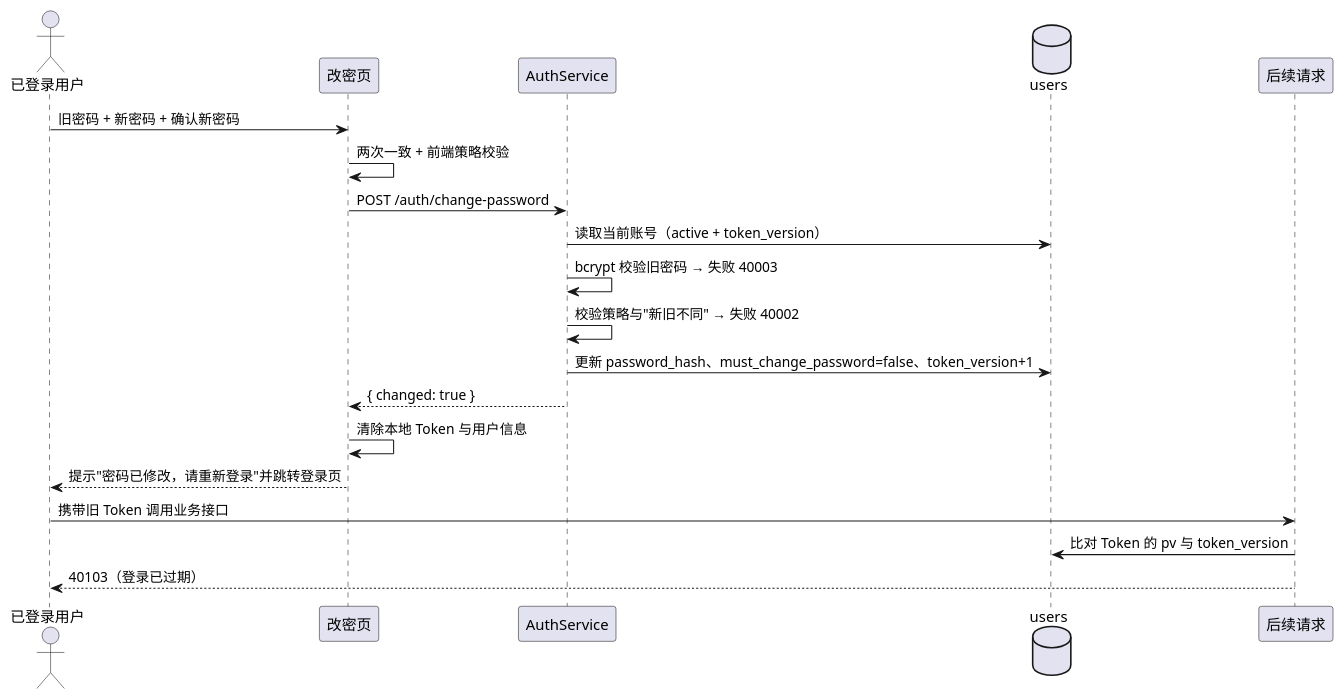
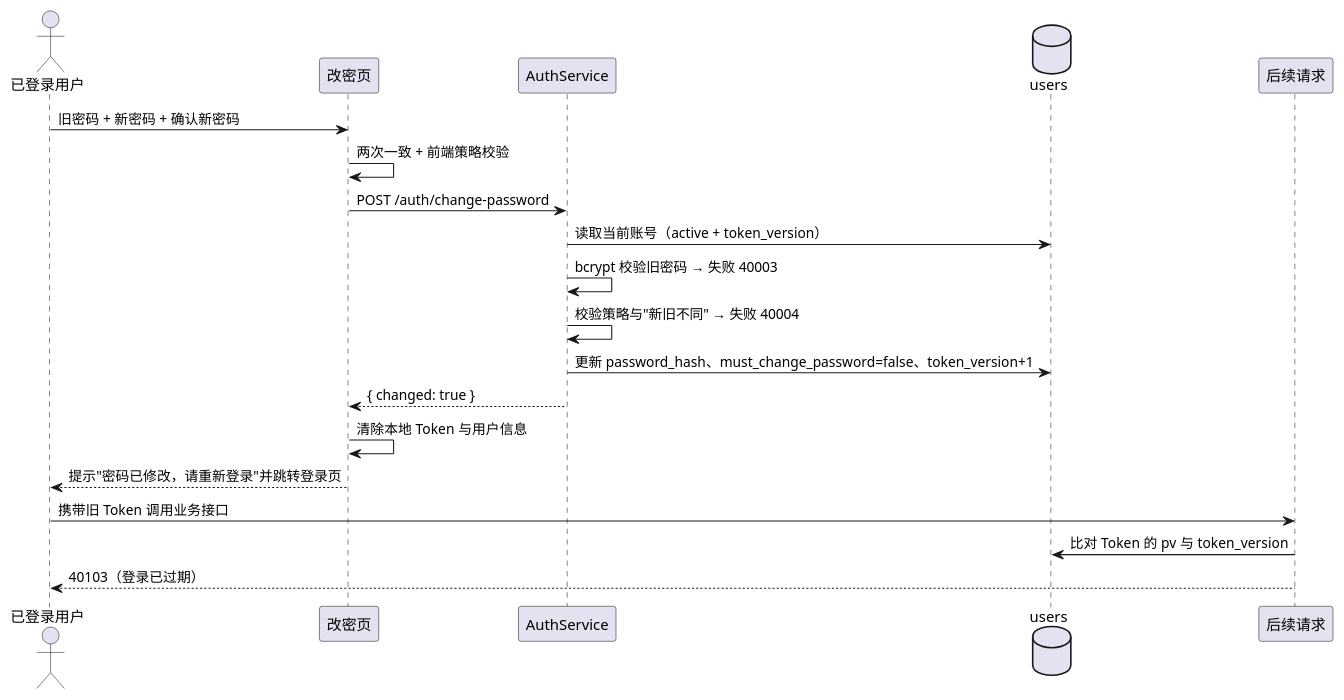
Before and after one commit to sparrow-max/teachers-treasure: the seventh of 8 diagrams in .codeartsdoer/specs/teacher_rollcall/design.md, drawn with PlantUML. The commit also changed other lines of this file and 5 other files, not shown here.

````diff
--- a/.codeartsdoer/specs/teacher_rollcall/design.md
+++ b/.codeartsdoer/specs/teacher_rollcall/design.md
@@ -566,23 +568,23 @@
 ```plantuml
 @startuml
 actor "已登录用户" as U
 participant "改密页" as P
 participant "AuthService" as S
 database "users" as D
 participant "后续请求" as N
 
 U -> P : 旧密码 + 新密码 + 确认新密码
 P -> P : 两次一致 + 前端策略校验
 P -> S : POST /auth/change-password
 S -> D : 读取当前账号（active + token_version）
 S -> S : bcrypt 校验旧密码 → 失败 40003
-S -> S : 校验策略与"新旧不同" → 失败 40002
+S -> S : 校验策略与"新旧不同" → 失败 40004
 S -> D : 更新 password_hash、must_change_password=false、token_version+1
 S --> P : { changed: true }
 P -> P : 清除本地 Token 与用户信息
 P --> U : 提示"密码已修改，请重新登录"并跳转登录页
 U -> N : 携带旧 Token 调用业务接口
 N -> D : 比对 Token 的 pv 与 token_version
 N --> U : 40103（登录已过期）
 @enduml
 ```
````
